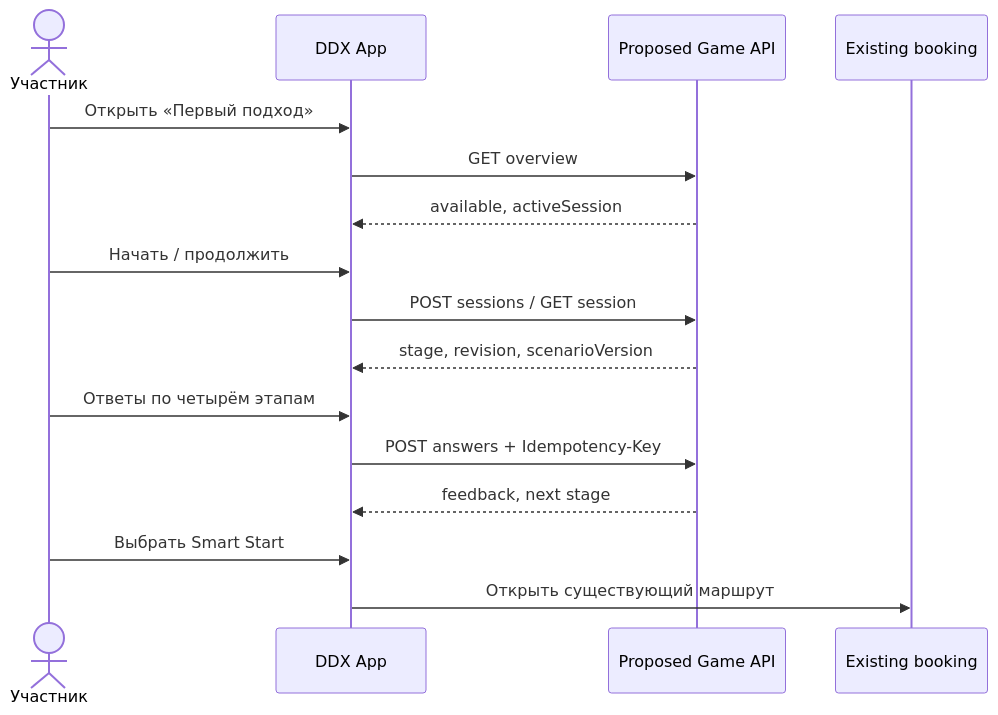
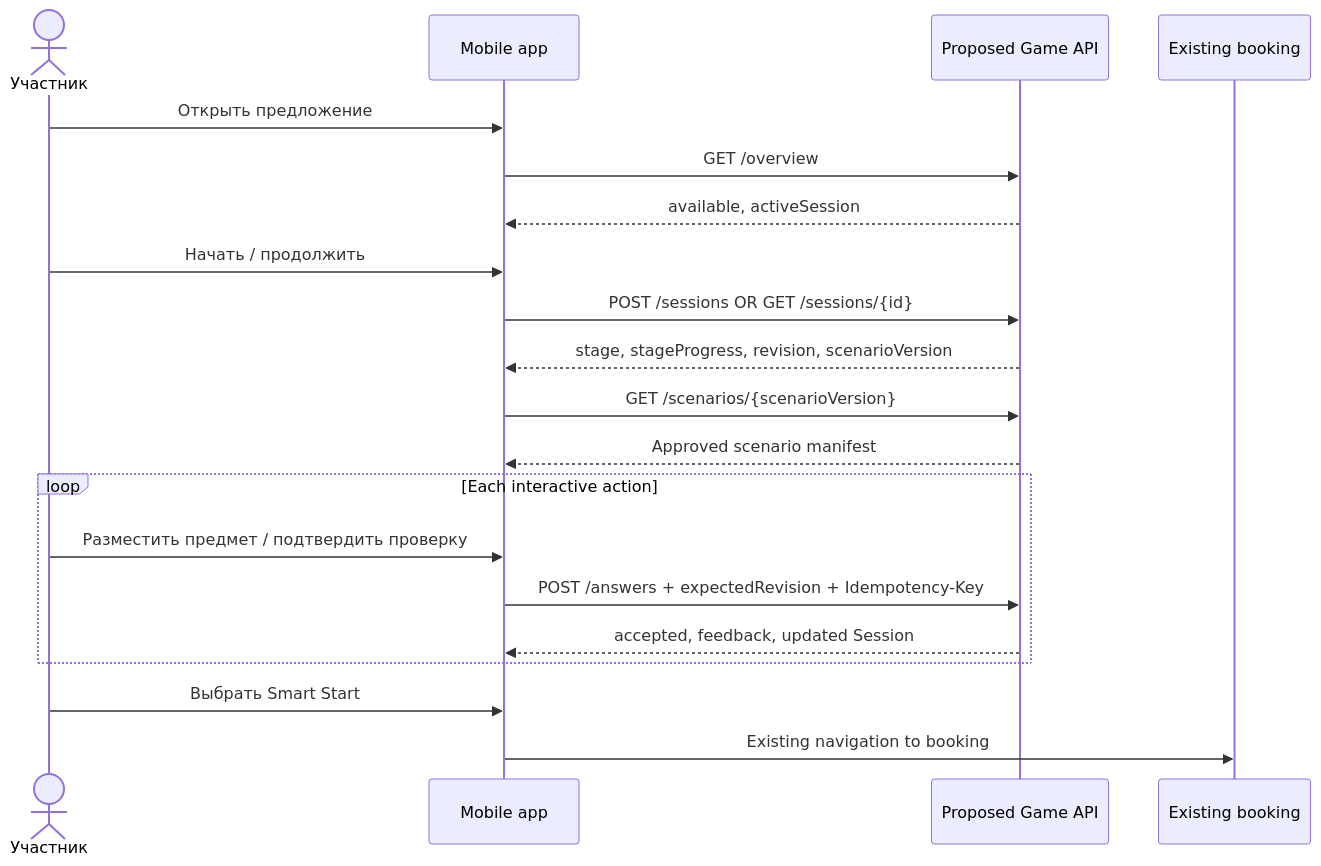
Before and after one commit to spicerrr/ddx-first-approach: the diagram in first-set/sa/docs/01-context.md, drawn with Mermaid. The commit also changed other lines of this file, not shown here.

Commit message:
refactor(sa): show content versioning and integration boundaries in sequence

````diff
--- a/first-set/sa/docs/01-context.md
+++ b/first-set/sa/docs/01-context.md
@@ -17,18 +19,22 @@
 ```mermaid
 sequenceDiagram
     actor U as Участник
-    participant A as DDX App
+    participant App as Mobile app
     participant G as Proposed Game API
     participant B as Existing booking
-    U->>A: Открыть «Первый подход»
-    A->>G: GET overview
-    G-->>A: available, activeSession
-    U->>A: Начать / продолжить
-    A->>G: POST sessions / GET session
-    G-->>A: stage, revision, scenarioVersion
-    U->>A: Ответы по четырём этапам
-    A->>G: POST answers + Idempotency-Key
-    G-->>A: feedback, next stage
-    U->>A: Выбрать Smart Start
-    A->>B: Открыть существующий маршрут
+    U->>App: Открыть предложение
+    App->>G: GET /overview
+    G-->>App: available, activeSession
+    U->>App: Начать / продолжить
+    App->>G: POST /sessions OR GET /sessions/{id}
+    G-->>App: stage, stageProgress, revision, scenarioVersion
+    App->>G: GET /scenarios/{scenarioVersion}
+    G-->>App: Approved scenario manifest
+    loop Each interactive action
+        U->>App: Разместить предмет / подтвердить проверку
+        App->>G: POST /answers + expectedRevision + Idempotency-Key
+        G-->>App: accepted, feedback, updated Session
+    end
+    U->>App: Выбрать Smart Start
+    App->>B: Existing navigation to booking
 ```
````
